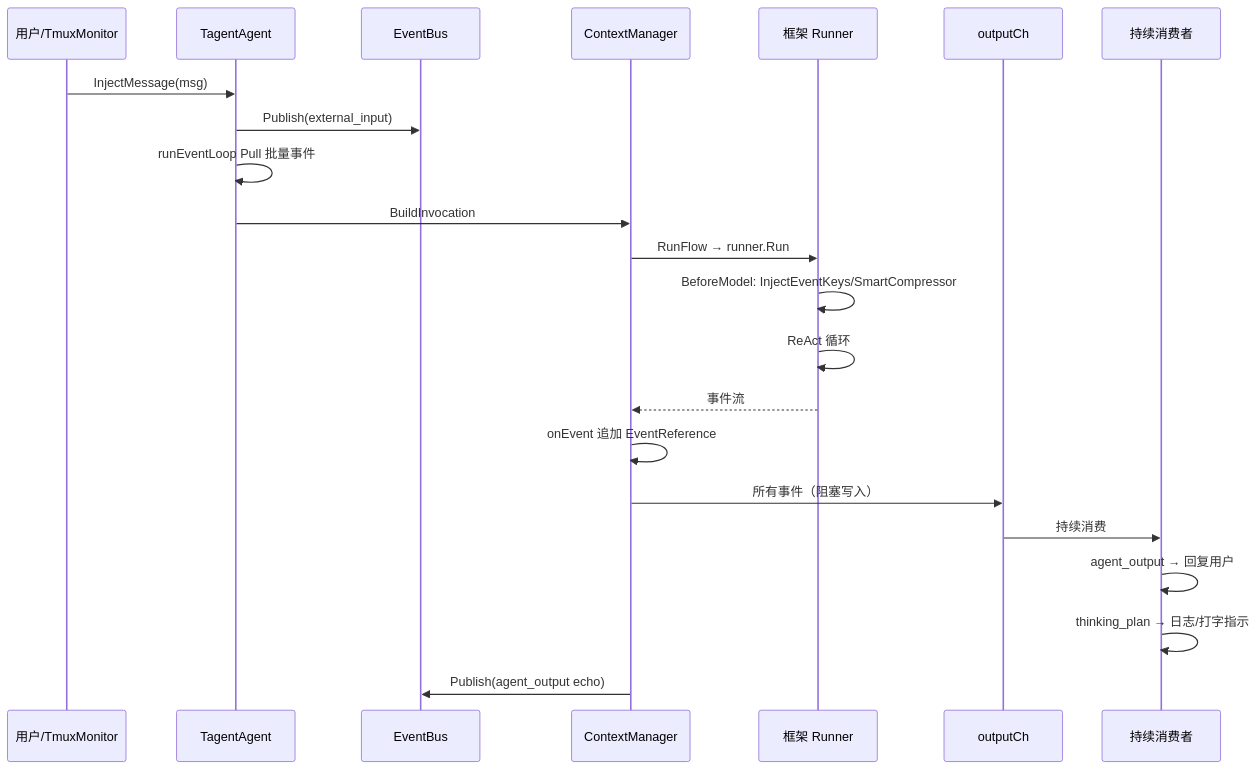
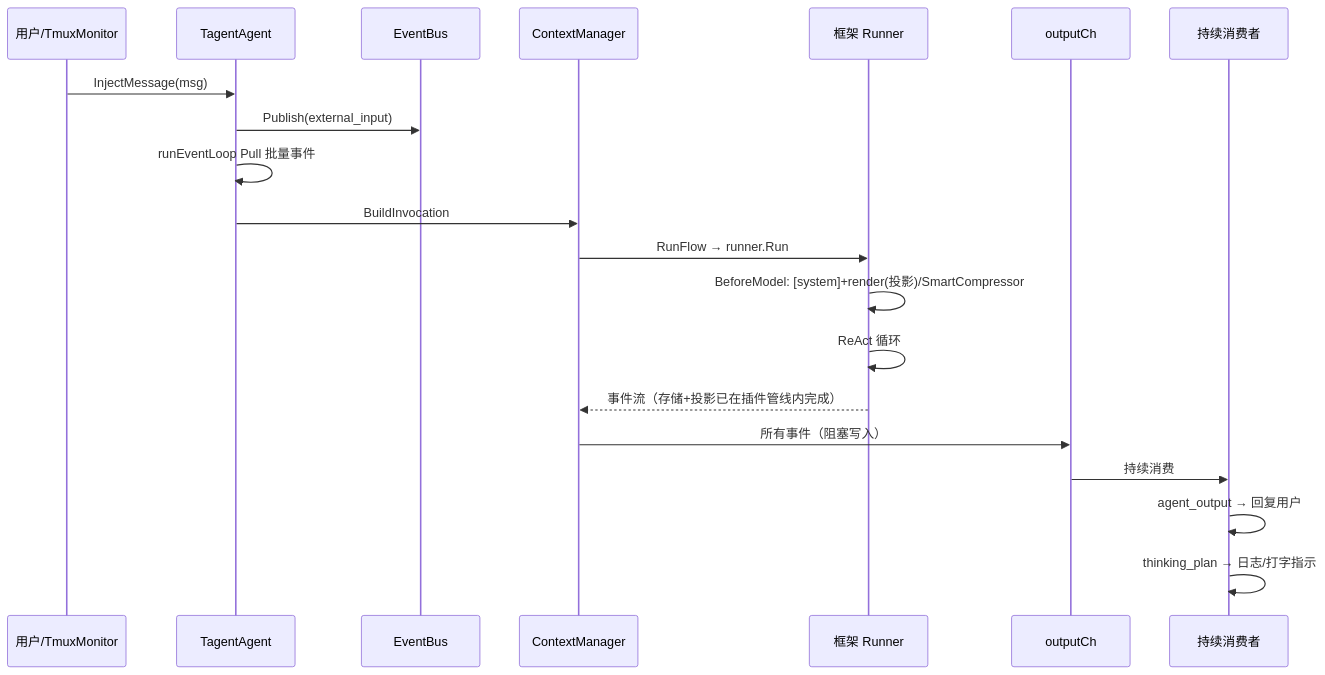
The eighth of 10 diagrams in README.md (SpellingDragon/tagent), drawn with Mermaid before and after one commit. The commit also changed other lines of this file, not shown here.

First line of the commit message:
docs(readme): align design philosophy with unified event projection

````diff
--- a/README.md
+++ b/README.md
@@ -328,25 +340,23 @@
 ```mermaid
 sequenceDiagram
     participant U as 用户/TmuxMonitor
     participant TA as TagentAgent
     participant EB as EventBus
     participant CM as ContextManager
     participant RUN as 框架 Runner
     participant OC as outputCh
     participant C as 持续消费者
 
     U->>TA: InjectMessage(msg)
     TA->>EB: Publish(external_input)
     TA->>TA: runEventLoop Pull 批量事件
     TA->>CM: BuildInvocation
     CM->>RUN: RunFlow → runner.Run
-    RUN->>RUN: BeforeModel: InjectEventKeys/SmartCompressor
+    RUN->>RUN: BeforeModel: [system]+render(投影)/SmartCompressor
     RUN->>RUN: ReAct 循环
-    RUN-->>CM: 事件流
-    CM->>CM: onEvent 追加 EventReference
+    RUN-->>CM: 事件流（存储+投影已在插件管线内完成）
     CM->>OC: 所有事件（阻塞写入）
     OC->>C: 持续消费
     C->>C: agent_output → 回复用户
     C->>C: thinking_plan → 日志/打字指示
-    CM->>EB: Publish(agent_output echo)
 ```
````
